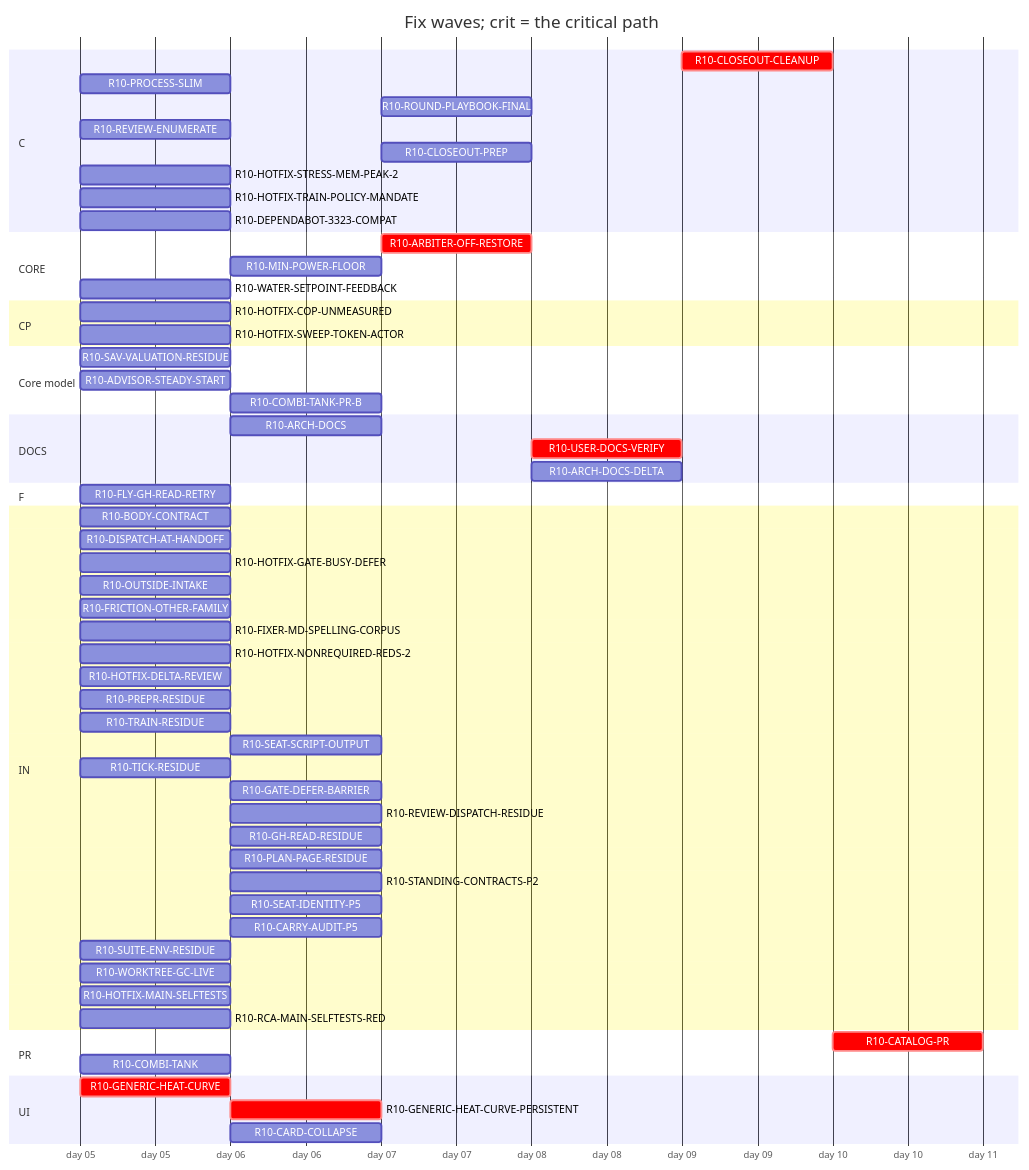
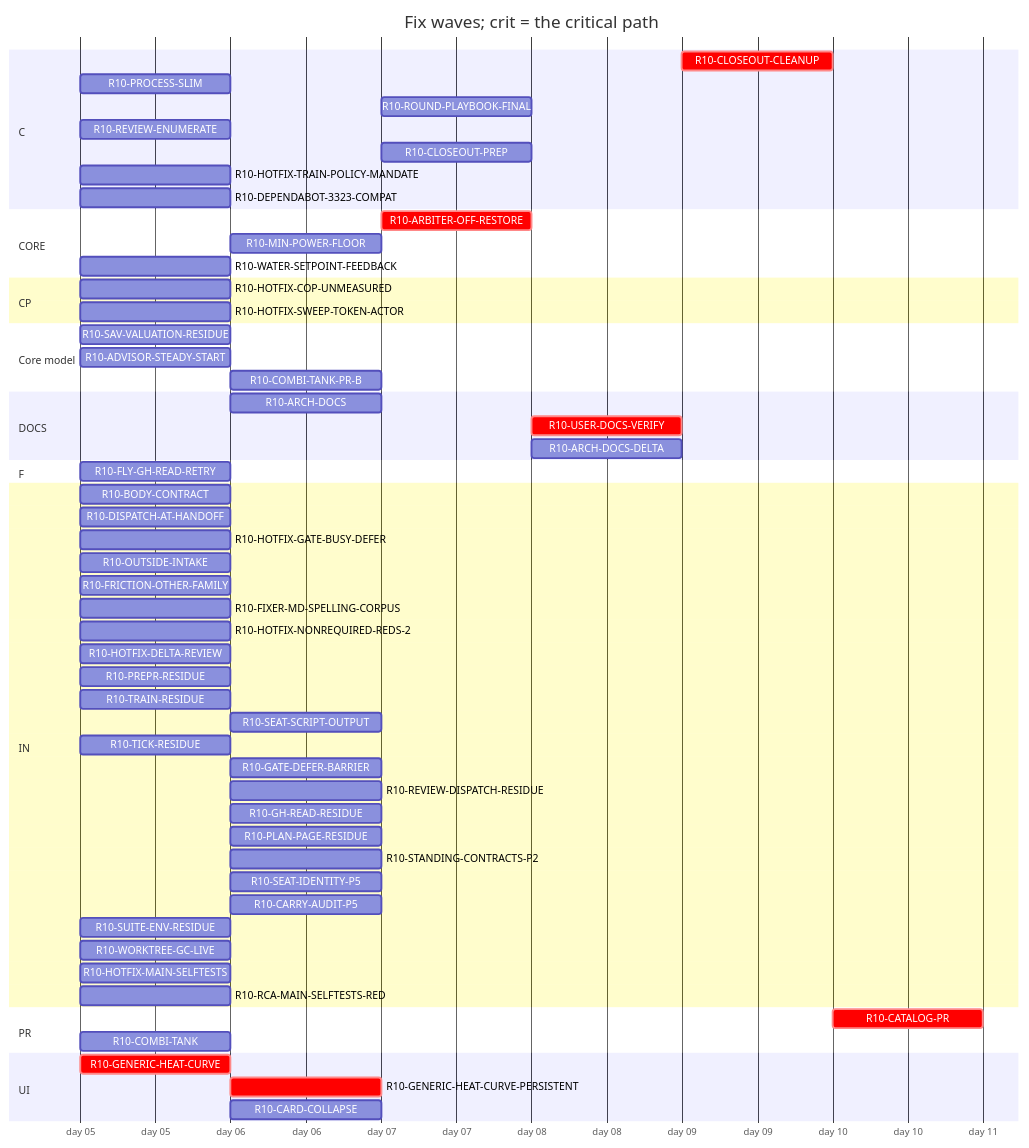
One commit to tvofi/heatpump_optimizer changed the diagram in handoff/round10/state/PLAN-TABLE.md. Above: the diagram before and after it, drawn with Mermaid. The commit also changed other lines of this file and 3 other files, not shown here.

Commit message:
state: FLOW-BOARD.md, NEXT-SESSION-PROMPT.md, PLAN-TABLE.md, RESUME-CURRENT.md regenerated (state_docs.py)

````diff
--- a/handoff/round10/state/PLAN-TABLE.md
+++ b/handoff/round10/state/PLAN-TABLE.md
@@ -22,63 +22,62 @@
 ```mermaid
 gantt
   title Fix waves; crit = the critical path
   dateFormat YYYY-MM-DD
   axisFormat day %d
   section C
     R10-CLOSEOUT-CLEANUP :crit, r10CLOSEOUTCLEANUP, after r10ARCHDOCS r10USERDOCSVERIFY r10ROUNDPLAYBOOKFINAL r10FRICTIONOTHERFAMILY r10CLOSEOUTPREP r10ARCHDOCSDELTA, 1d
     R10-PROCESS-SLIM :r10PROCESSSLIM, 2026-01-05, 1d
     R10-ROUND-PLAYBOOK-FINAL :r10ROUNDPLAYBOOKFINAL, after r10DISPATCHATHANDOFF r10BODYCONTRACT r10FLYGHREADRETRY r10PROCESSSLIM r10OUTSIDEINTAKE r10FRICTIONOTHERFAMILY r10FIXERMDSPELLINGCORPUS r10PREPRRESIDUE r10SEATSCRIPTOUTPUT r10REVIEWDISPATCHRESIDUE r10CARRYAUDITP5 r10TICKRESIDUE r10SEATIDENTITYP5 r10STANDINGCONTRACTSP2 r10PLANPAGERESIDUE r10TRAINRESIDUE r10GHREADRESIDUE r10SUITEENVRESIDUE r10GATEDEFERBARRIER r10WORKTREEGCLIVE, 1d
     R10-REVIEW-ENUMERATE :r10REVIEWENUMERATE, 2026-01-05, 1d
     R10-CLOSEOUT-PREP :r10CLOSEOUTPREP, after r10ARCHDOCS r10DISPATCHATHANDOFF r10BODYCONTRACT r10FLYGHREADRETRY r10PROCESSSLIM r10OUTSIDEINTAKE r10FRICTIONOTHERFAMILY r10FIXERMDSPELLINGCORPUS r10PREPRRESIDUE r10SEATSCRIPTOUTPUT r10REVIEWDISPATCHRESIDUE r10CARRYAUDITP5 r10TICKRESIDUE r10SEATIDENTITYP5 r10STANDINGCONTRACTSP2 r10PLANPAGERESIDUE r10TRAINRESIDUE r10GHREADRESIDUE r10SUITEENVRESIDUE r10GATEDEFERBARRIER r10WORKTREEGCLIVE, 1d
-    R10-HOTFIX-STRESS-MEM-PEAK-2 :r10HOTFIXSTRESSMEMPEAK2, 2026-01-05, 1d
     R10-HOTFIX-TRAIN-POLICY-MANDATE :r10HOTFIXTRAINPOLICYMANDATE, 2026-01-05, 1d
     R10-DEPENDABOT-3323-COMPAT :r10DEPENDABOT3323COMPAT, 2026-01-05, 1d
   section CORE
     R10-ARBITER-OFF-RESTORE :crit, r10ARBITEROFFRESTORE, after r10GENERICHEATCURVE r10GENERICHEATCURVEPERSISTENT r10WATERSETPOINTFEEDBACK, 1d
     R10-MIN-POWER-FLOOR :r10MINPOWERFLOOR, after r10HOTFIXCOPUNMEASURED r10GENERICHEATCURVE, 1d
     R10-WATER-SETPOINT-FEEDBACK :r10WATERSETPOINTFEEDBACK, 2026-01-05, 1d
   section CP
     R10-HOTFIX-COP-UNMEASURED :r10HOTFIXCOPUNMEASURED, 2026-01-05, 1d
     R10-HOTFIX-SWEEP-TOKEN-ACTOR :r10HOTFIXSWEEPTOKENACTOR, 2026-01-05, 1d
   section Core model
     R10-SAV-VALUATION-RESIDUE :r10SAVVALUATIONRESIDUE, 2026-01-05, 1d
     R10-ADVISOR-STEADY-START :r10ADVISORSTEADYSTART, 2026-01-05, 1d
     R10-COMBI-TANK-PR-B :r10COMBITANKPRB, after r10COMBITANK, 1d
   section DOCS
     R10-ARCH-DOCS :r10ARCHDOCS, after r10DISPATCHATHANDOFF r10BODYCONTRACT r10FLYGHREADRETRY r10PROCESSSLIM r10OUTSIDEINTAKE r10FRICTIONOTHERFAMILY, 1d
     R10-USER-DOCS-VERIFY :crit, r10USERDOCSVERIFY, after r10HOTFIXCOPUNMEASURED r10GENERICHEATCURVE r10GENERICHEATCURVEPERSISTENT r10ARBITEROFFRESTORE r10COMBITANK r10MINPOWERFLOOR, 1d
     R10-ARCH-DOCS-DELTA :r10ARCHDOCSDELTA, after r10ARCHDOCS r10HOTFIXCOPUNMEASURED r10GENERICHEATCURVE r10GENERICHEATCURVEPERSISTENT r10ARBITEROFFRESTORE r10COMBITANK r10MINPOWERFLOOR r10SAVVALUATIONRESIDUE r10ADVISORSTEADYSTART r10COMBITANKPRB, 1d
   section F
     R10-FLY-GH-READ-RETRY :r10FLYGHREADRETRY, 2026-01-05, 1d
   section IN
     R10-BODY-CONTRACT :r10BODYCONTRACT, 2026-01-05, 1d
     R10-DISPATCH-AT-HANDOFF :r10DISPATCHATHANDOFF, 2026-01-05, 1d
     R10-HOTFIX-GATE-BUSY-DEFER :r10HOTFIXGATEBUSYDEFER, 2026-01-05, 1d
     R10-OUTSIDE-INTAKE :r10OUTSIDEINTAKE, 2026-01-05, 1d
     R10-FRICTION-OTHER-FAMILY :r10FRICTIONOTHERFAMILY, 2026-01-05, 1d
     R10-FIXER-MD-SPELLING-CORPUS :r10FIXERMDSPELLINGCORPUS, 2026-01-05, 1d
     R10-HOTFIX-NONREQUIRED-REDS-2 :r10HOTFIXNONREQUIREDREDS2, 2026-01-05, 1d
     R10-HOTFIX-DELTA-REVIEW :r10HOTFIXDELTAREVIEW, 2026-01-05, 1d
     R10-PREPR-RESIDUE :r10PREPRRESIDUE, 2026-01-05, 1d
     R10-TRAIN-RESIDUE :r10TRAINRESIDUE, 2026-01-05, 1d
     R10-SEAT-SCRIPT-OUTPUT :r10SEATSCRIPTOUTPUT, after r10TRAINRESIDUE, 1d
     R10-TICK-RESIDUE :r10TICKRESIDUE, 2026-01-05, 1d
     R10-GATE-DEFER-BARRIER :r10GATEDEFERBARRIER, after r10TRAINRESIDUE r10TICKRESIDUE, 1d
     R10-REVIEW-DISPATCH-RESIDUE :r10REVIEWDISPATCHRESIDUE, after r10DISPATCHATHANDOFF r10REVIEWENUMERATE r10HOTFIXDELTAREVIEW r10PROCESSSLIM, 1d
     R10-GH-READ-RESIDUE :r10GHREADRESIDUE, after r10FLYGHREADRETRY, 1d
     R10-PLAN-PAGE-RESIDUE :r10PLANPAGERESIDUE, after r10OUTSIDEINTAKE, 1d
     R10-STANDING-CONTRACTS-P2 :r10STANDINGCONTRACTSP2, after r10FIXERMDSPELLINGCORPUS, 1d
     R10-SEAT-IDENTITY-P5 :r10SEATIDENTITYP5, after r10TICKRESIDUE, 1d
     R10-CARRY-AUDIT-P5 :r10CARRYAUDITP5, after r10BODYCONTRACT, 1d
     R10-SUITE-ENV-RESIDUE :r10SUITEENVRESIDUE, 2026-01-05, 1d
     R10-WORKTREE-GC-LIVE :r10WORKTREEGCLIVE, 2026-01-05, 1d
     R10-HOTFIX-MAIN-SELFTESTS :r10HOTFIXMAINSELFTESTS, 2026-01-05, 1d
     R10-RCA-MAIN-SELFTESTS-RED :r10RCAMAINSELFTESTSRED, 2026-01-05, 1d
   section PR
     R10-CATALOG-PR :crit, r10CATALOGPR, after r10USERDOCSVERIFY r10ARCHDOCS r10ROUNDPLAYBOOKFINAL r10CLOSEOUTCLEANUP r10CLOSEOUTPREP r10ARCHDOCSDELTA, 1d
     R10-COMBI-TANK :r10COMBITANK, 2026-01-05, 1d
   section UI
     R10-GENERIC-HEAT-CURVE :crit, r10GENERICHEATCURVE, 2026-01-05, 1d
     R10-GENERIC-HEAT-CURVE-PERSISTENT :crit, r10GENERICHEATCURVEPERSISTENT, after r10GENERICHEATCURVE, 1d
     R10-CARD-COLLAPSE :r10CARDCOLLAPSE, after r10HOTFIXCOPUNMEASURED, 1d
 ```
````
